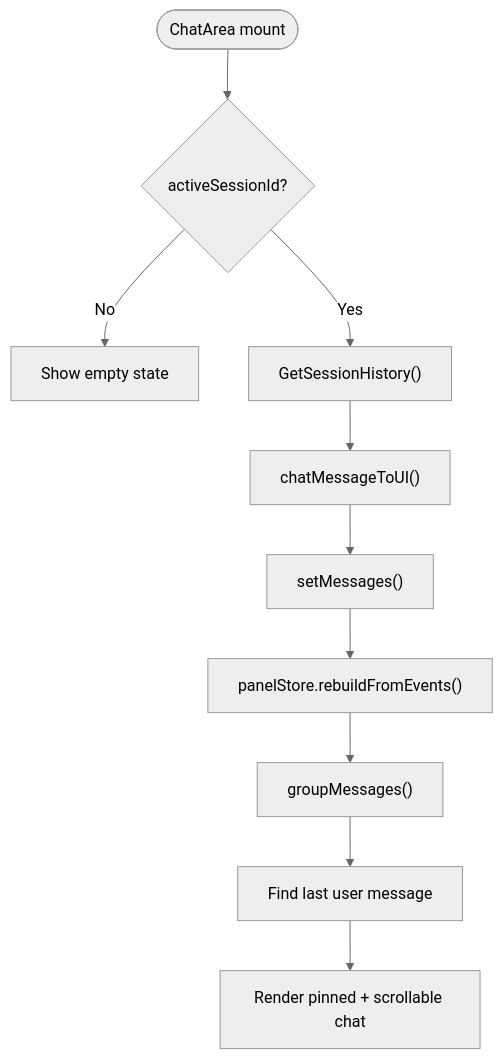
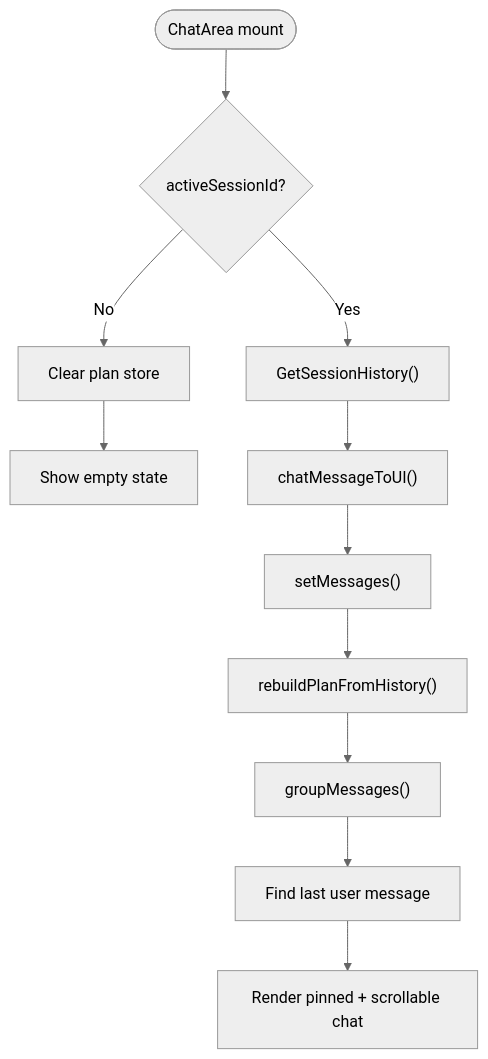
One commit to v0lka/c0wrk changed the ninth of 15 diagrams in .qoder/repowiki/en/content/Frontend Application/UI Components/Chat Interface Components.md. Above: the diagram before and after it, drawn with Mermaid (neutral theme). The commit also changed other lines of this file and 13 other files, not shown here.

````diff
--- a/.qoder/repowiki/en/content/Frontend Application/UI Components/Chat Interface Components.md
+++ b/.qoder/repowiki/en/content/Frontend Application/UI Components/Chat Interface Components.md
@@ -287,12 +412,13 @@
 ```mermaid
 flowchart TD
 Start(["ChatArea mount"]) --> HasSession{"activeSessionId?"}
-HasSession --> |No| Empty["Show empty state"]
+HasSession --> |No| ClearPlan["Clear plan store"]
+ClearPlan --> Empty["Show empty state"]
 HasSession --> |Yes| LoadHistory["GetSessionHistory()"]
 LoadHistory --> Convert["chatMessageToUI()"]
 Convert --> SetMsgs["setMessages()"]
-SetMsgs --> RebuildPanel["panelStore.rebuildFromEvents()"]
-RebuildPanel --> Group["groupMessages()"]
+SetMsgs --> RebuildPlan["rebuildPlanFromHistory()"]
+RebuildPlan --> Group["groupMessages()"]
 Group --> PinLast["Find last user message"]
 PinLast --> Render["Render pinned + scrollable chat"]
 ```
````
